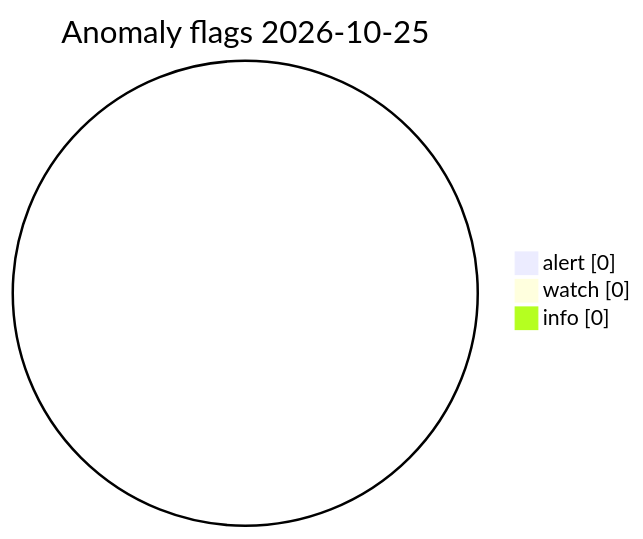
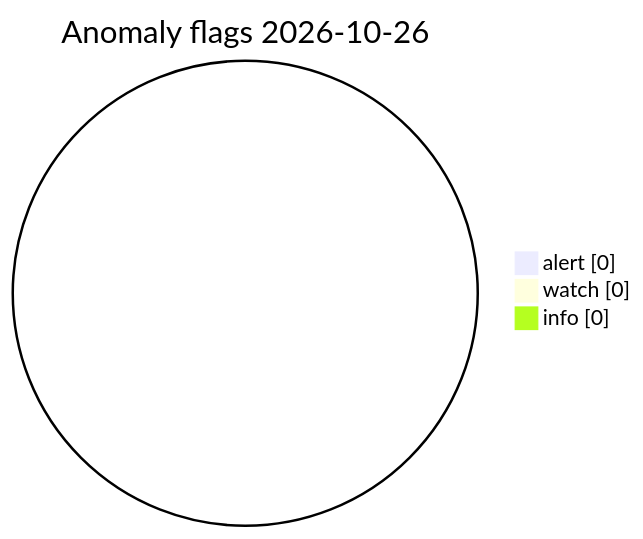
Before and after one commit to Midwest-Stratospheric/Unified-Open-Global-Weather: the diagram in visuals/latest/CHARTS.md, drawn with Mermaid. The commit also changed other lines of this file and 23 other files, not shown here.

Commit message:
data(visuals): automated charts 2026-10-26T10:39Z

````diff
--- a/visuals/latest/CHARTS.md
+++ b/visuals/latest/CHARTS.md
@@ -73,7 +73,7 @@
 ```mermaid
 pie showData
-  title Anomaly flags 2026-10-25
+  title Anomaly flags 2026-10-26
   "alert" : 0
   "watch" : 0
   "info" : 0
 ```
````
